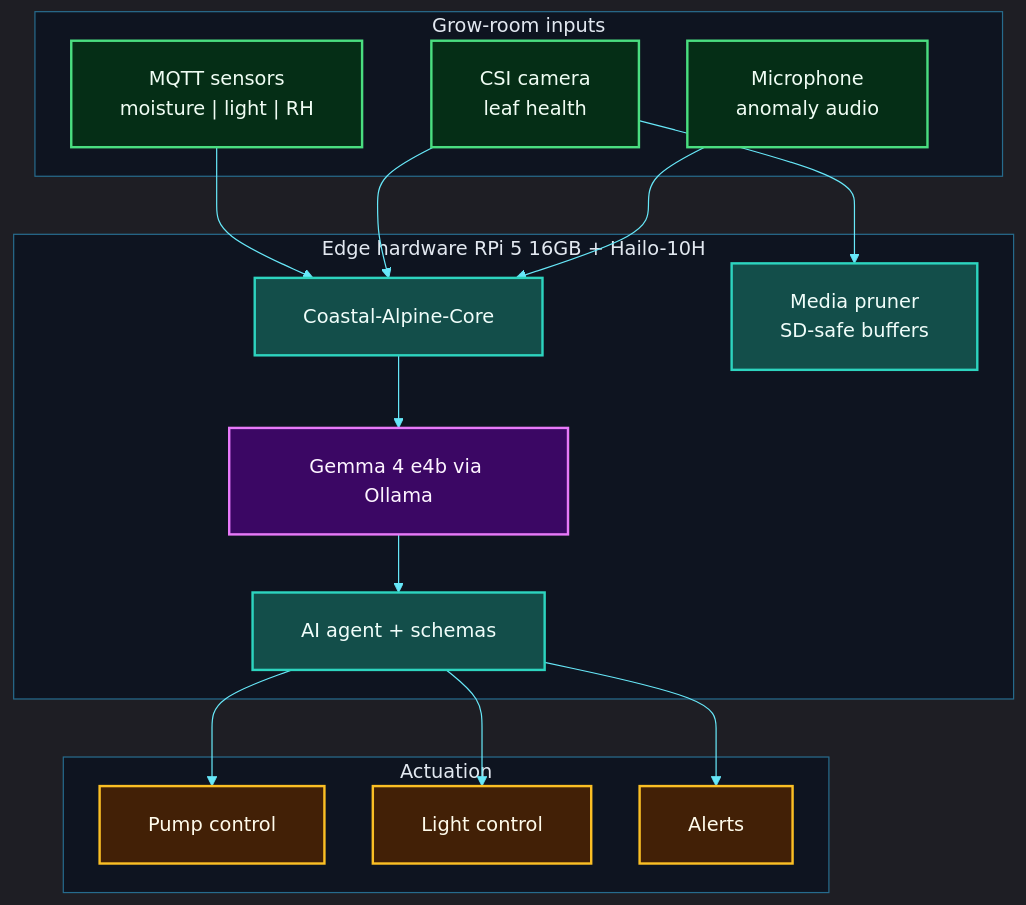
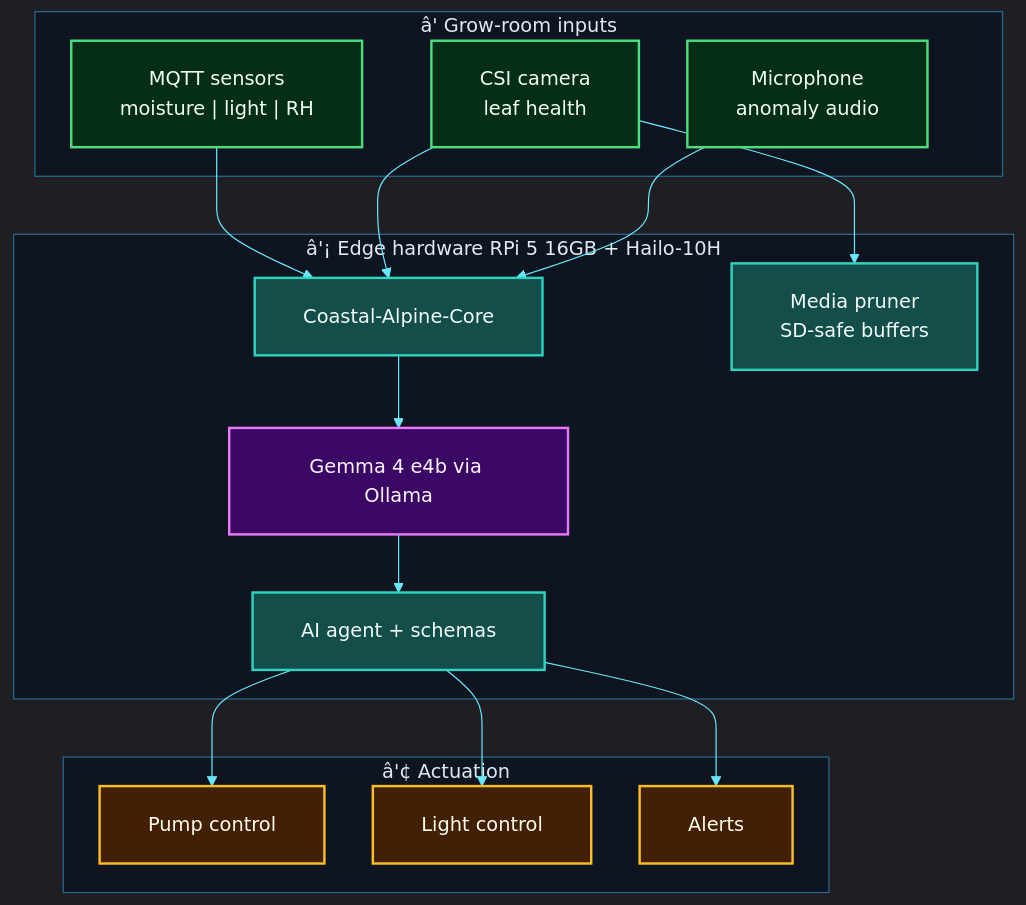
One commit to fivepanelhat/Blue-Moon-Portal changed the diagram in README.md. Above: the diagram before and after it, drawn with Mermaid. The commit also changed other lines of this file and 42 other files, not shown here.

````diff
--- a/README.md
+++ b/README.md
@@ -269,62 +274,62 @@
 ```mermaid
 %%{init: {
- "theme": "dark",
- "themeVariables": {
- "fontSize": "16px",
- "fontFamily": "Inter, ui-sans-serif, system-ui, sans-serif",
- "primaryColor": "#0ea5e9",
- "primaryTextColor": "#f8fafc",
- "primaryBorderColor": "#38bdf8",
- "lineColor": "#67e8f9",
- "secondaryColor": "#1e293b",
- "tertiaryColor": "#0f172a",
- "clusterBkg": "#0b1220cc",
- "clusterBorder": "#38bdf880",
- "titleColor": "#e2e8f0"
- },
- "flowchart": {
- "nodeSpacing": 40,
- "rankSpacing": 48,
- "padding": 20,
- "htmlLabels": true,
- "curve": "basis"
- }
+  "theme": "dark",
+  "themeVariables": {
+    "fontSize": "16px",
+    "fontFamily": "Inter, ui-sans-serif, system-ui, sans-serif",
+    "primaryColor": "#0ea5e9",
+    "primaryTextColor": "#f8fafc",
+    "primaryBorderColor": "#38bdf8",
+    "lineColor": "#67e8f9",
+    "secondaryColor": "#1e293b",
+    "tertiaryColor": "#0f172a",
+    "clusterBkg": "#0b1220cc",
+    "clusterBorder": "#38bdf880",
+    "titleColor": "#e2e8f0"
+  },
+  "flowchart": {
+    "nodeSpacing": 40,
+    "rankSpacing": 48,
+    "padding": 20,
+    "htmlLabels": true,
+    "curve": "basis"
+  }
 }}%%
 flowchart TB
 
- classDef sense fill:#052e16,stroke:#4ade80,stroke-width:2px,color:#f0fdf4
- classDef edge fill:#0c4a6e,stroke:#38bdf8,stroke-width:2px,color:#f0f9ff
- classDef core fill:#134e4a,stroke:#2dd4bf,stroke-width:2px,color:#f0fdfa
- classDef act fill:#422006,stroke:#fbbf24,stroke-width:2px,color:#fffbeb
- classDef store fill:#1e1b4b,stroke:#a5b4fc,stroke-width:2px,color:#eef2ff
- classDef ai fill:#3b0764,stroke:#e879f9,stroke-width:2px,color:#fdf4ff
- classDef app fill:#1e1b4b,stroke:#c4b5fd,stroke-width:2px,color:#eef2ff
+    classDef sense fill:#052e16,stroke:#4ade80,stroke-width:2px,color:#f0fdf4
+    classDef edge fill:#0c4a6e,stroke:#38bdf8,stroke-width:2px,color:#f0f9ff
+    classDef core fill:#134e4a,stroke:#2dd4bf,stroke-width:2px,color:#f0fdfa
+    classDef act fill:#422006,stroke:#fbbf24,stroke-width:2px,color:#fffbeb
+    classDef store fill:#1e1b4b,stroke:#a5b4fc,stroke-width:2px,color:#eef2ff
+    classDef ai fill:#3b0764,stroke:#e879f9,stroke-width:2px,color:#fdf4ff
+    classDef app fill:#1e1b4b,stroke:#c4b5fd,stroke-width:2px,color:#eef2ff
 
- subgraph IN[" Grow-room inputs"]
- MQTT["MQTT sensors<br/>moisture | light | RH"]
- CAM["CSI camera<br/>leaf health"]
- MIC["Microphone<br/>anomaly audio"]
- end
+    subgraph IN["â'  Grow-room inputs"]
+        MQTT["MQTT sensors<br/>moisture | light | RH"]
+        CAM["CSI camera<br/>leaf health"]
+        MIC["Microphone<br/>anomaly audio"]
+    end
 
- subgraph EDGE[" Edge hardware RPi 5 16GB + Hailo-10H"]
- CORE["Coastal-Alpine-Core"]
- LLM["Gemma 4 e4b via Ollama"]
- AG["AI agent + schemas"]
- PRUNE["Media pruner<br/>SD-safe buffers"]
- end
+    subgraph EDGE["â'¡ Edge hardware  RPi 5 16GB + Hailo-10H"]
+        CORE["Coastal-Alpine-Core"]
+        LLM["Gemma 4 e4b via Ollama"]
+        AG["AI agent + schemas"]
+        PRUNE["Media pruner<br/>SD-safe buffers"]
+    end
 
- subgraph OUT[" Actuation"]
- PUMP["Pump control"]
- LIGHT["Light control"]
- ALERT["Alerts"]
- end
+    subgraph OUT["â'¢ Actuation"]
+        PUMP["Pump control"]
+        LIGHT["Light control"]
+        ALERT["Alerts"]
+    end
 
- MQTT & CAM & MIC --> CORE --> LLM --> AG
- AG --> PUMP & LIGHT & ALERT
- CAM --> PRUNE
+    MQTT & CAM & MIC --> CORE --> LLM --> AG
+    AG --> PUMP & LIGHT & ALERT
+    CAM --> PRUNE
 
- class MQTT,CAM,MIC sense
- class CORE,AG,PRUNE core
- class LLM ai
- class PUMP,LIGHT,ALERT act
+    class MQTT,CAM,MIC sense
+    class CORE,AG,PRUNE core
+    class LLM ai
+    class PUMP,LIGHT,ALERT act
 ```
````
